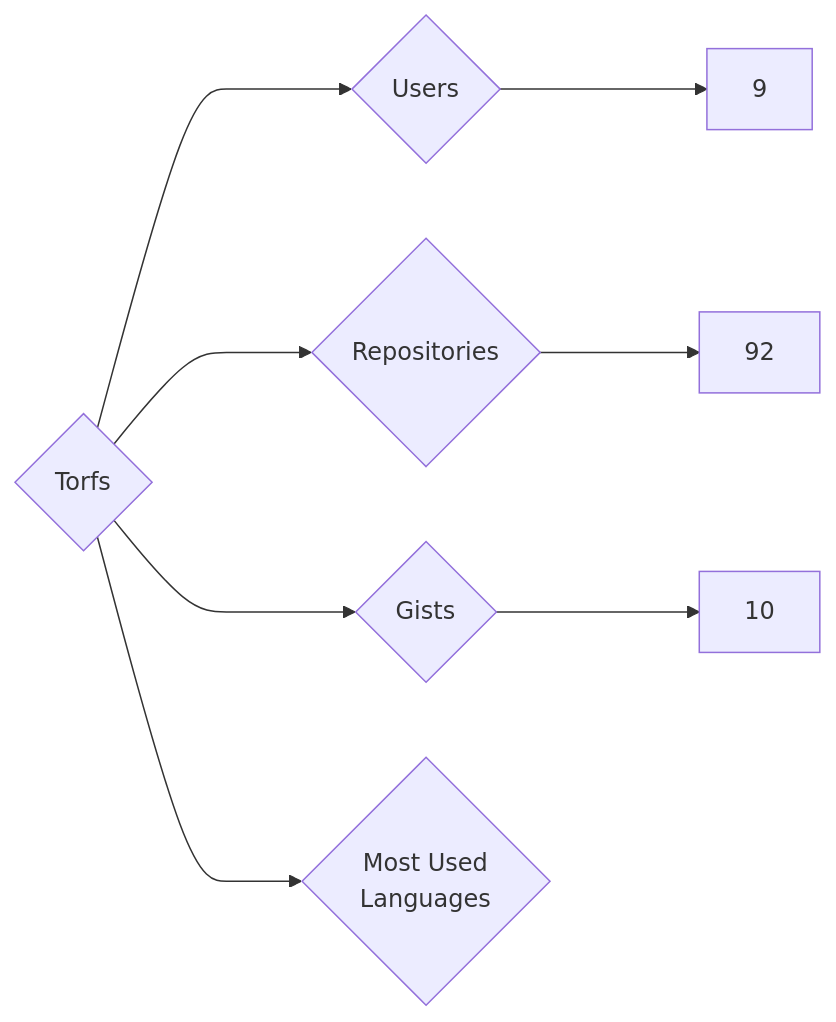
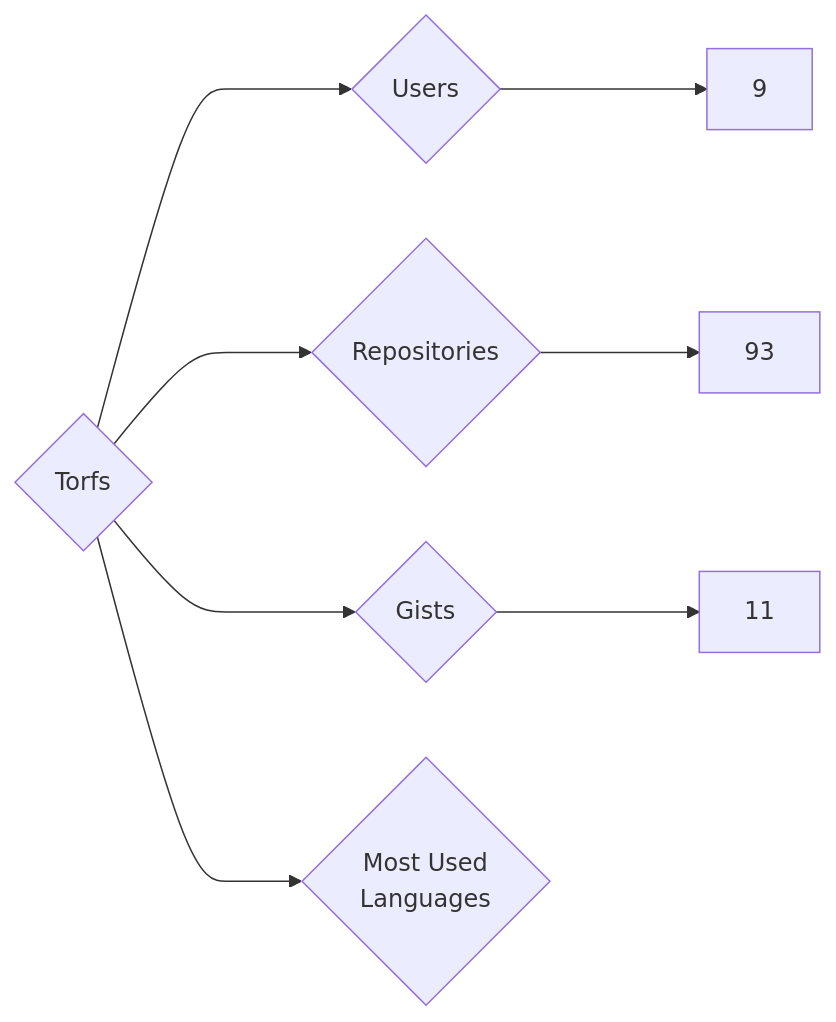
Before and after one commit to nenadzaric/insiders: the diagram in targets/Torfs/README.md, drawn with Mermaid. The commit also changed 1342 other files, not shown here.

````diff
--- a/targets/Torfs/README.md
+++ b/targets/Torfs/README.md
@@ -3,8 +3,8 @@
 ```mermaid
 graph LR
 COMPANY_NAME{Torfs}
 COMPANY_NAME ---> U{Users} ---> UN[9]
-COMPANY_NAME ---> R{Repositories} ---> RN[92]
-COMPANY_NAME ---> G{Gists} ---> GN[10]
+COMPANY_NAME ---> R{Repositories} ---> RN[93]
+COMPANY_NAME ---> G{Gists} ---> GN[11]
 COMPANY_NAME ---> ML{Most Used<br>Languages}
 ```
````
